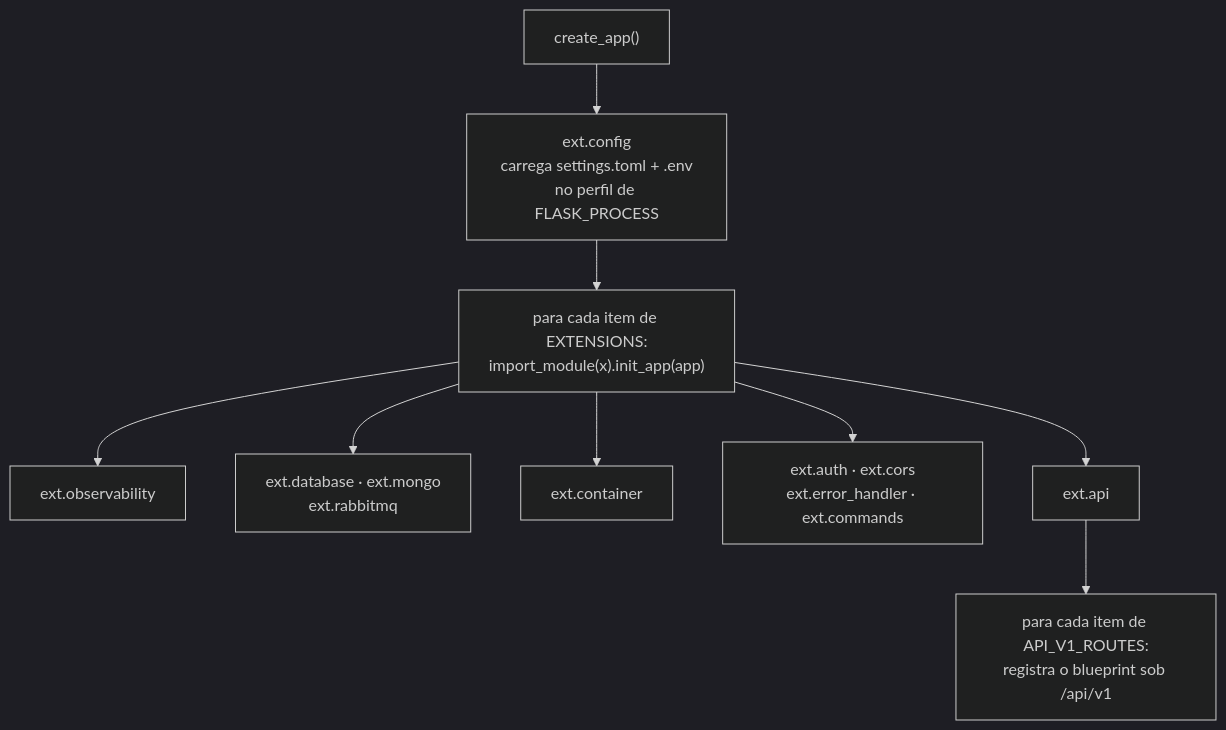
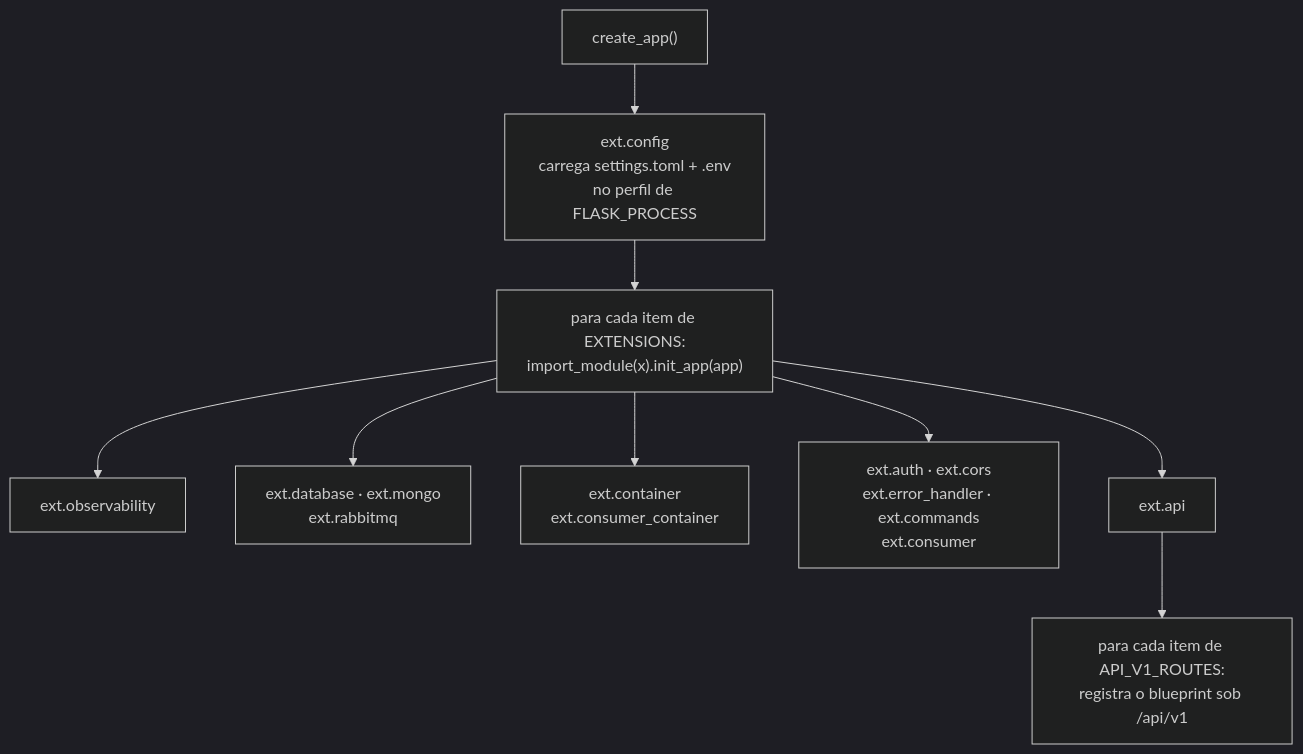
The second of 2 diagrams in documentacao/01-arquitetura.md (osurinhu/drive-data-api), drawn with Mermaid (dark theme) before and after one commit. The commit also changed other lines of this file and 45 other files, not shown here.

````diff
--- a/documentacao/01-arquitetura.md
+++ b/documentacao/01-arquitetura.md
@@ -25,11 +25,11 @@
 ```mermaid
 flowchart TB
     AF["create_app()"] --> CFG["ext.config<br/>carrega settings.toml + .env<br/>no perfil de FLASK_PROCESS"]
     CFG --> LOOP["para cada item de EXTENSIONS:<br/>import_module(x).init_app(app)"]
     LOOP --> E1["ext.observability"]
     LOOP --> E2["ext.database · ext.mongo<br/>ext.rabbitmq"]
-    LOOP --> E3["ext.container"]
-    LOOP --> E4["ext.auth · ext.cors<br/>ext.error_handler · ext.commands"]
+    LOOP --> E3["ext.container<br/>ext.consumer_container"]
+    LOOP --> E4["ext.auth · ext.cors<br/>ext.error_handler · ext.commands<br/>ext.consumer"]
     LOOP --> E5["ext.api"]
     E5 --> ROTAS["para cada item de API_V1_ROUTES:<br/>registra o blueprint sob /api/v1"]
 ```
````
